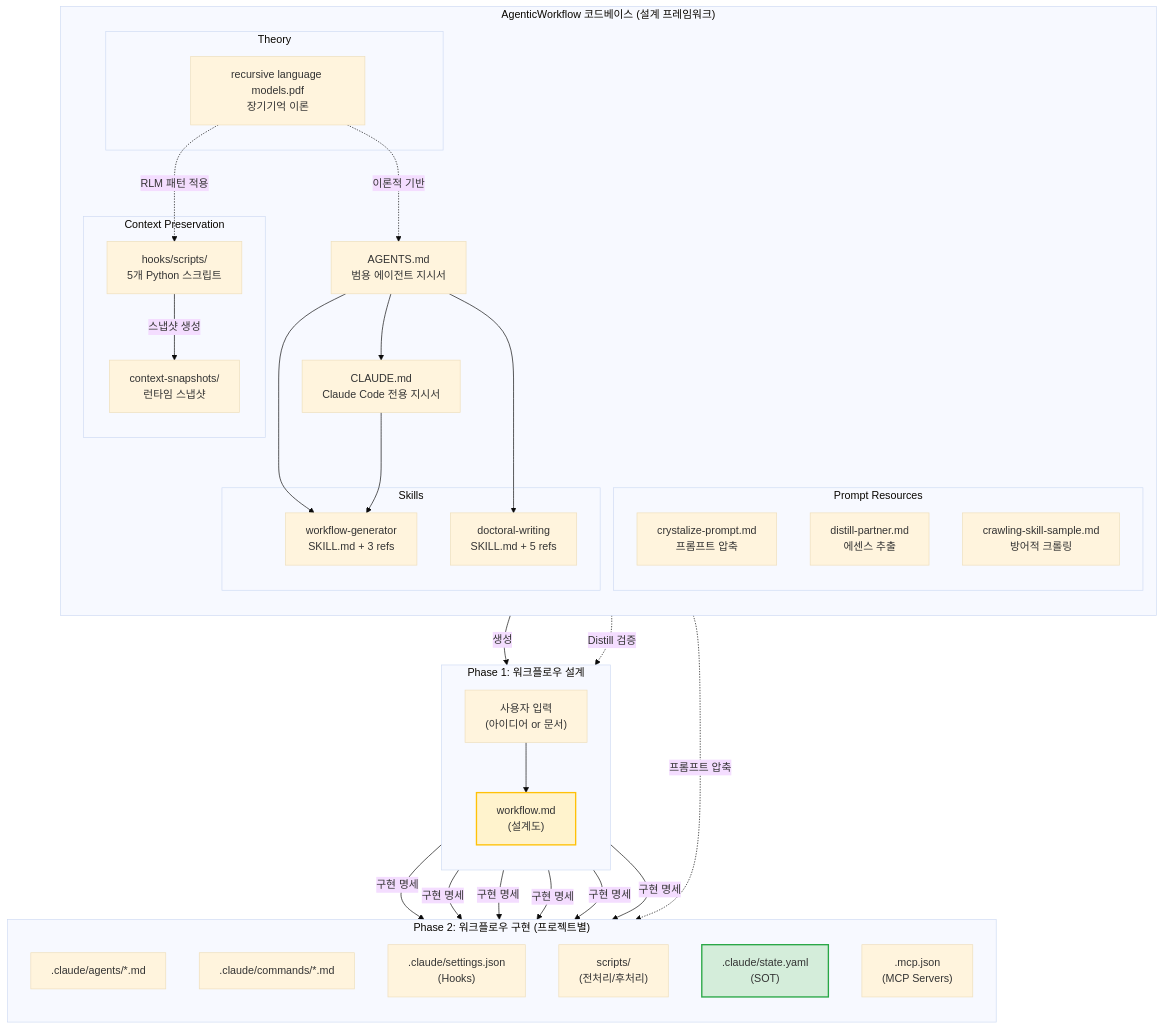
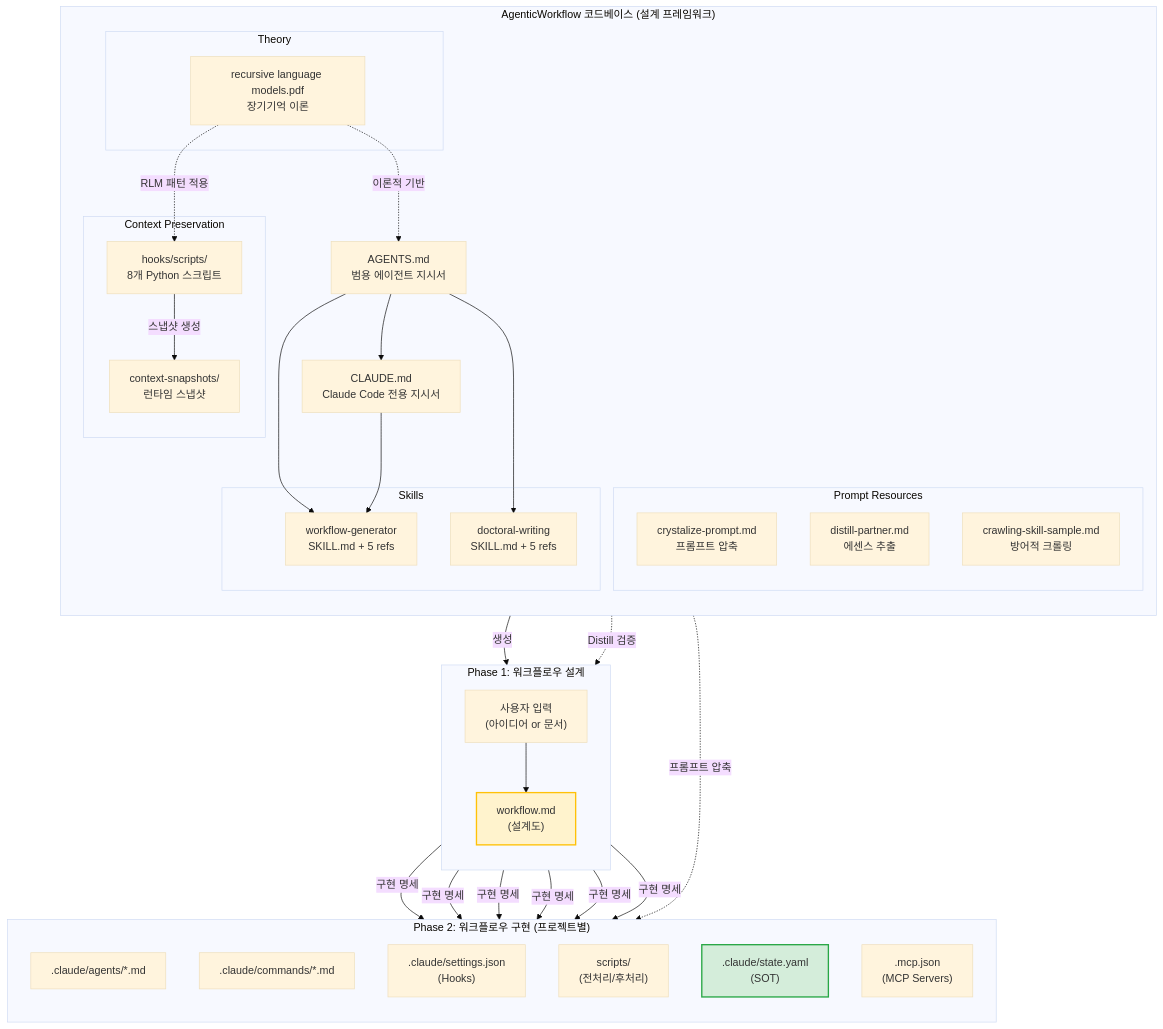
Before and after one commit to oogisoogi/AgenticWorkflow: the second of 13 diagrams in AGENTICWORKFLOW-ARCHITECTURE-AND-PHILOSOPHY.md, drawn with Mermaid (base theme). The commit also changed other lines of this file and 19 other files, not shown here.

````diff
--- a/AGENTICWORKFLOW-ARCHITECTURE-AND-PHILOSOPHY.md
+++ b/AGENTICWORKFLOW-ARCHITECTURE-AND-PHILOSOPHY.md
@@ -189,66 +189,66 @@
 ```mermaid
 graph TB
     subgraph "AgenticWorkflow 코드베이스 (설계 프레임워크)"
         direction TB
         CLAUDE["CLAUDE.md<br/>Claude Code 전용 지시서"]
         AGENTS["AGENTS.md<br/>범용 에이전트 지시서"]
 
         subgraph "Skills"
-            WG["workflow-generator<br/>SKILL.md + 3 refs"]
+            WG["workflow-generator<br/>SKILL.md + 5 refs"]
             DW["doctoral-writing<br/>SKILL.md + 5 refs"]
         end
 
         subgraph "Context Preservation"
-            CPS["hooks/scripts/<br/>5개 Python 스크립트"]
+            CPS["hooks/scripts/<br/>8개 Python 스크립트"]
             CSS["context-snapshots/<br/>런타임 스냅샷"]
         end
 
         subgraph "Prompt Resources"
             CP["crystalize-prompt.md<br/>프롬프트 압축"]
             DP["distill-partner.md<br/>에센스 추출"]
             CS["crawling-skill-sample.md<br/>방어적 크롤링"]
         end
 
         subgraph "Theory"
             RLM["recursive language models.pdf<br/>장기기억 이론"]
         end
 
         AGENTS --> CLAUDE
         AGENTS --> WG
         AGENTS --> DW
         CLAUDE --> WG
         RLM -.->|"이론적 기반"| AGENTS
         RLM -.->|"RLM 패턴 적용"| CPS
         CPS -->|"스냅샷 생성"| CSS
     end
 
     subgraph "Phase 1: 워크플로우 설계"
         direction TB
         USER_INPUT["사용자 입력<br/>(아이디어 or 문서)"]
         WF["workflow.md<br/>(설계도)"]
         USER_INPUT --> WF
     end
 
     subgraph "Phase 2: 워크플로우 구현 (프로젝트별)"
         direction TB
         AG[".claude/agents/*.md"]
         CMD[".claude/commands/*.md"]
         HK[".claude/settings.json<br/>(Hooks)"]
         SC["scripts/<br/>(전처리/후처리)"]
         SOT[".claude/state.yaml<br/>(SOT)"]
         MCP[".mcp.json<br/>(MCP Servers)"]
     end
 
     WG -->|"생성"| WF
     DP -.->|"Distill 검증"| WF
     CP -.->|"프롬프트 압축"| AG
     WF -->|"구현 명세"| AG
     WF -->|"구현 명세"| CMD
     WF -->|"구현 명세"| HK
     WF -->|"구현 명세"| SC
     WF -->|"구현 명세"| SOT
     WF -->|"구현 명세"| MCP
 
     style WF fill:#fff3cd,stroke:#ffc107,stroke-width:2px
     style SOT fill:#d4edda,stroke:#28a745,stroke-width:2px
 ```
````
